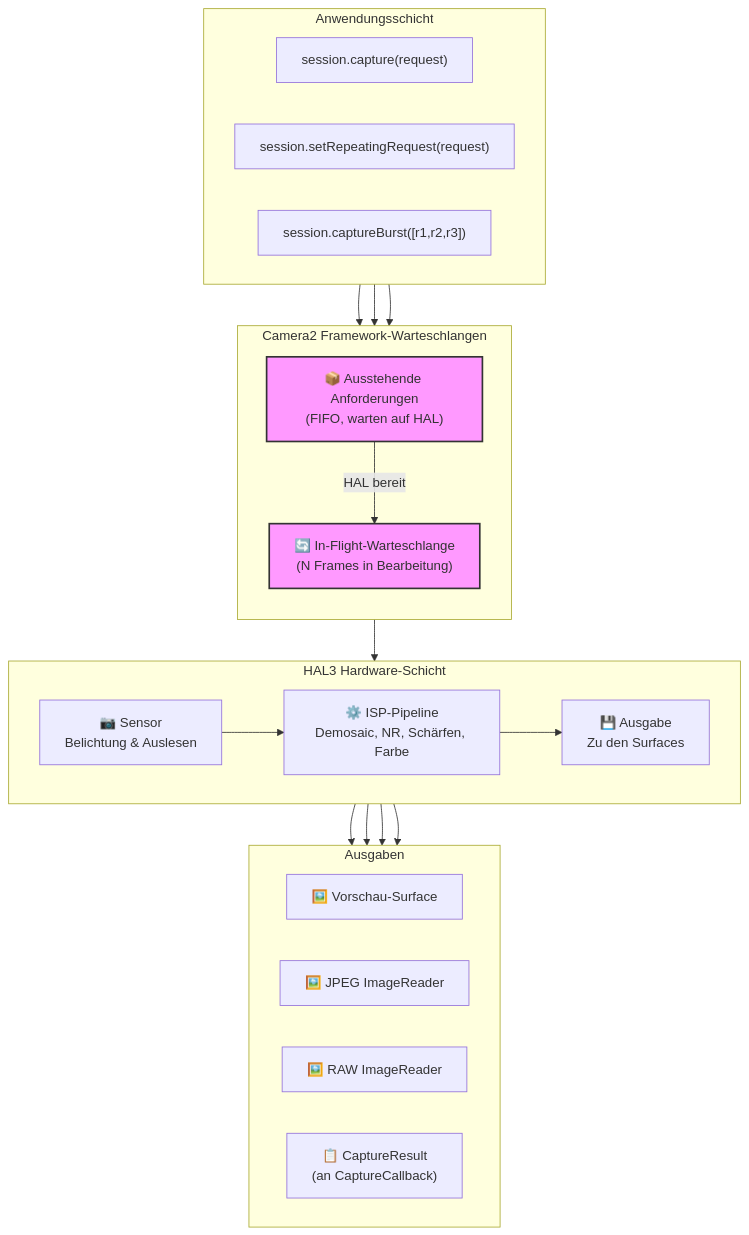
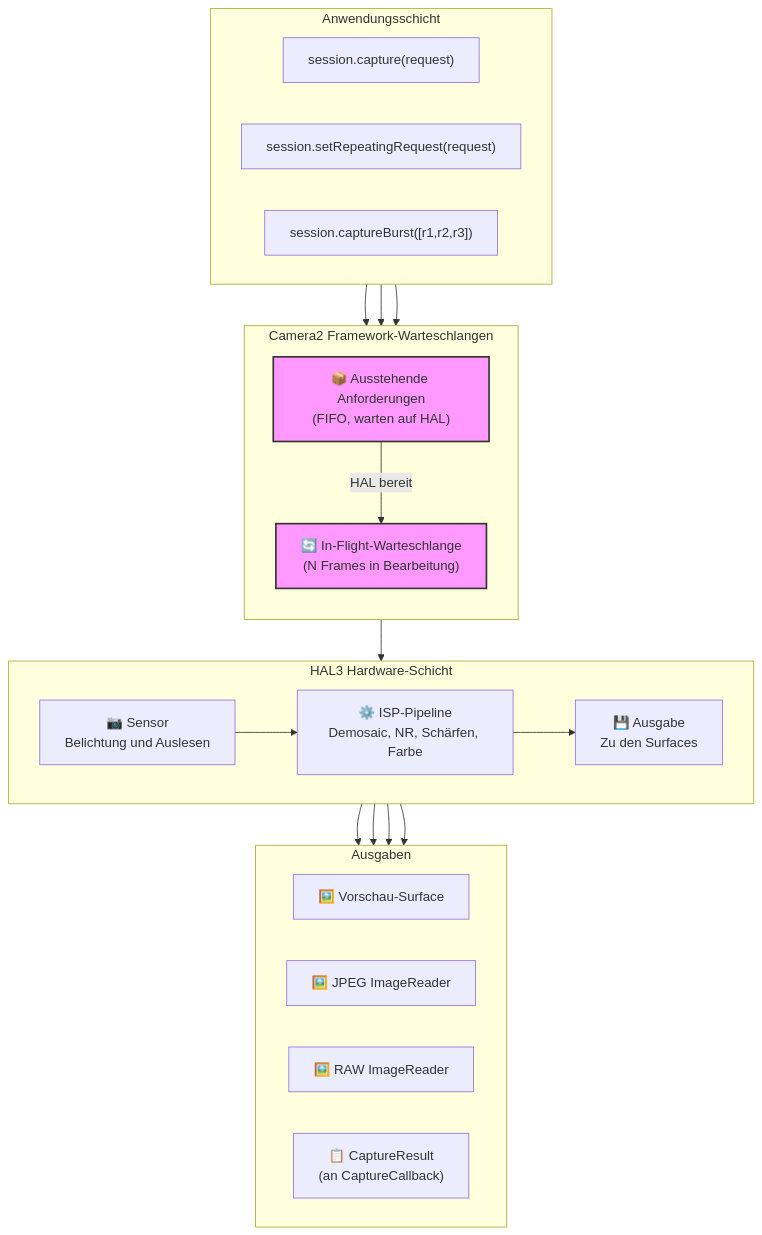
The first of 4 diagrams in website/i18n/de/docusaurus-plugin-content-docs/current/camera2/the-camera2-pipeline.md (zoozooll/AndroidCameraParameters), drawn with Mermaid before and after one commit. The commit also changed 77 other files, not shown here.

First line of the commit message:
docs: standardize Mermaid syntax and polish 3A pipeline translations

````diff
--- a/website/i18n/de/docusaurus-plugin-content-docs/current/camera2/the-camera2-pipeline.md
+++ b/website/i18n/de/docusaurus-plugin-content-docs/current/camera2/the-camera2-pipeline.md
@@ -160,45 +160,45 @@
 ```mermaid
 flowchart TB
     subgraph APP ["Anwendungsschicht"]
         direction LR
         A1["session.capture(request)"]
         A2["session.setRepeatingRequest(request)"]
         A3["session.captureBurst([r1,r2,r3])"]
     end
 
     subgraph FW ["Camera2 Framework-Warteschlangen"]
         direction TB
         PQ["📦 Ausstehende Anforderungen<br/>(FIFO, warten auf HAL)"]:::queue
         IFQ["🔄 In-Flight-Warteschlange<br/>(N Frames in Bearbeitung)"]:::queue
         PQ -->|HAL bereit| IFQ
     end
 
     subgraph HAL ["HAL3 Hardware-Schicht"]
         direction LR
-        S["📷 Sensor<br/>Belichtung & Auslesen"]
+        S["📷 Sensor<br/>Belichtung und Auslesen"]
         I["⚙️ ISP-Pipeline<br/>Demosaic, NR, Schärfen, Farbe"]
         O["💾 Ausgabe<br/>Zu den Surfaces"]
         S --> I --> O
     end
 
     subgraph OUTPUTS ["Ausgaben"]
         direction LR
         PREV["🖼️ Vorschau-Surface"]
         JPEG["🖼️ JPEG ImageReader"]
         RAW["🖼️ RAW ImageReader"]
         RES["📋 CaptureResult<br/>(an CaptureCallback)"]
     end
 
     A1 --> PQ
     A2 --> PQ
     A3 --> PQ
     IFQ --> S
     O --> PREV
     O --> JPEG
     O --> RAW
     O --> RES
 
     classDef queue fill:#f9f,stroke:#333,stroke-width:2px;
     classDef app fill:#e3f2fd,stroke:#1565c0;
     classDef hal fill:#e8f5e9,stroke:#2e7d32;
 ```
````
